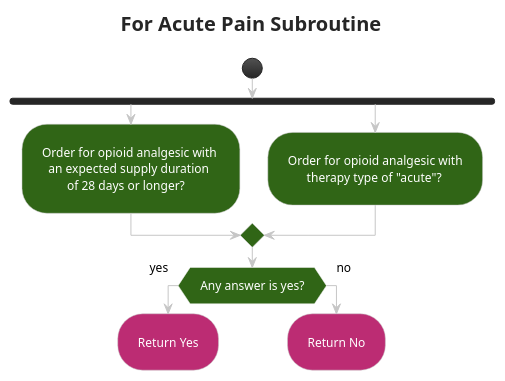
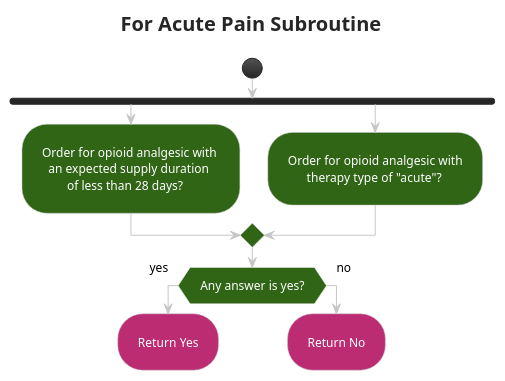
Before and after one commit to cqframework/opioid-cds-r4: the diagram in input/images-source/subroutine_acute_pain.plantuml, drawn with PlantUML.

Commit message:
Fixed acute pain subroutine duration

```diff
--- a/input/images-source/subroutine_acute_pain.plantuml
+++ b/input/images-source/subroutine_acute_pain.plantuml
@@ -1,29 +1,29 @@
 @startuml subroutine_acute_pain
 !theme carbon-gray
 skinparam ActivityBackgroundColor #306516
 <style>
 activityDiagram {
  FontColor white
  RoundCorner 50
  arrow {
   FontColor: Black
  }
  diamond {
   BackgroundColor #306516
  }
 }
 </style>
 title For Acute Pain Subroutine
 start
 fork
-:Order for opioid analgesic with \n  an expected supply duration \n        of 28 days or longer?;
+:Order for opioid analgesic with \n  an expected supply duration \n        of less than 28 days?;
 fork again
 :Order for opioid analgesic with\n      therapy type of "acute"?;
 end merge
 if (Any answer is yes?) then (yes)
 #BC2C73:Return Yes;
 kill
 else (no)
 #BC2C73:Return No;
 kill
 @enduml
```
